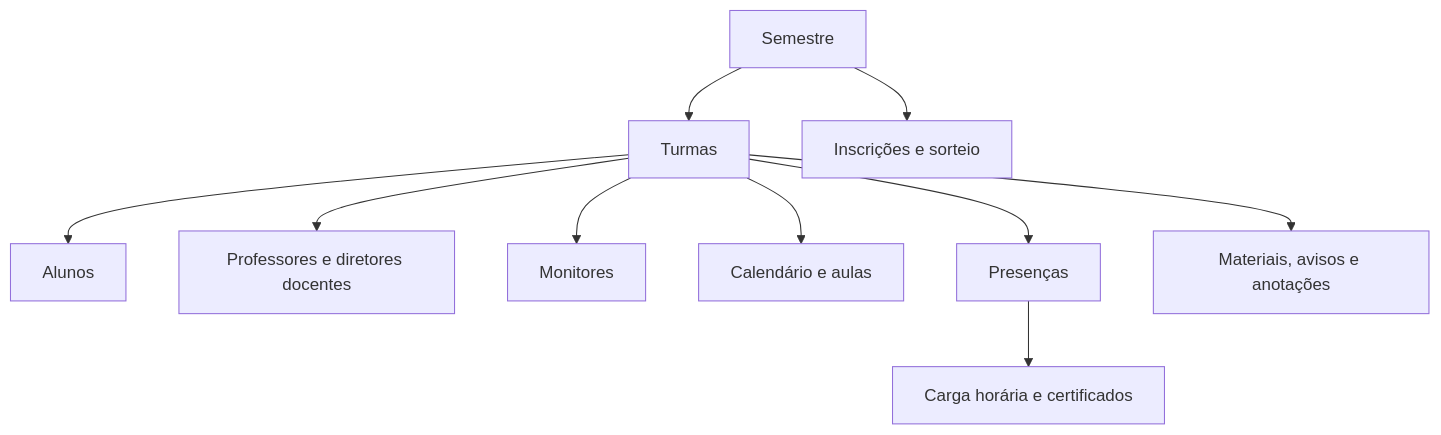
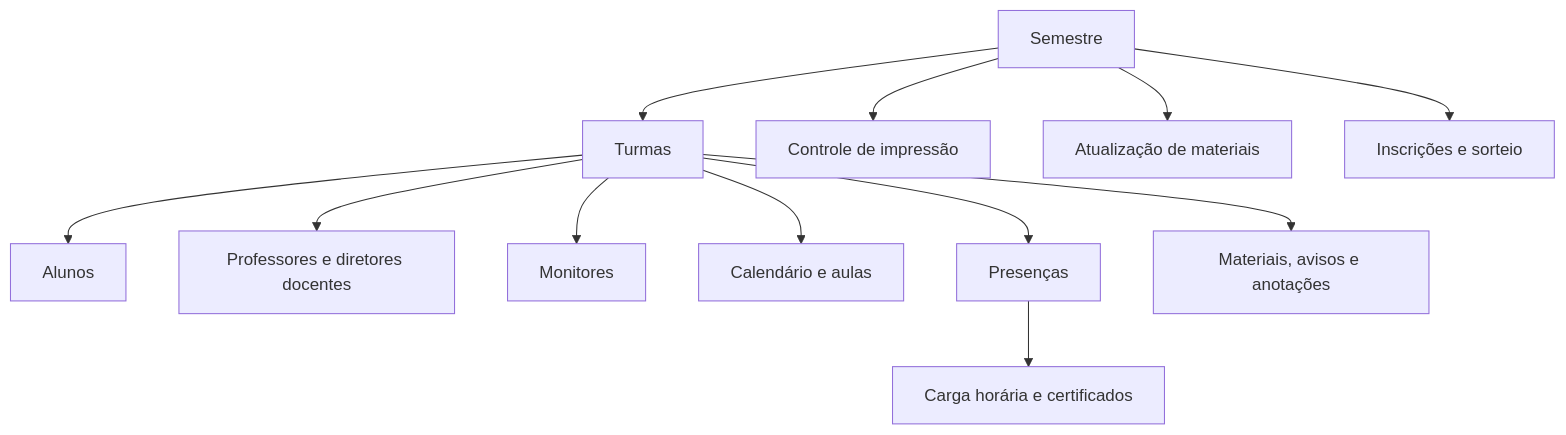
Before and after one commit to SenhorArroz/proeidi-nexus: the diagram in README.md, drawn with Mermaid. The commit also changed other lines of this file and 111 other files, not shown here.

````diff
--- a/README.md
+++ b/README.md
@@ -33,12 +33,14 @@
 ```mermaid
 flowchart TD
   S[Semestre] --> T[Turmas]
   T --> A[Alunos]
   T --> P[Professores e diretores docentes]
   T --> M[Monitores]
   T --> C[Calendário e aulas]
   T --> R[Presenças]
   T --> X[Materiais, avisos e anotações]
+  S --> I[Controle de impressão]
+  S --> U[Atualização de materiais]
   S --> Z[Inscrições e sorteio]
   R --> Q[Carga horária e certificados]
 ```
````
